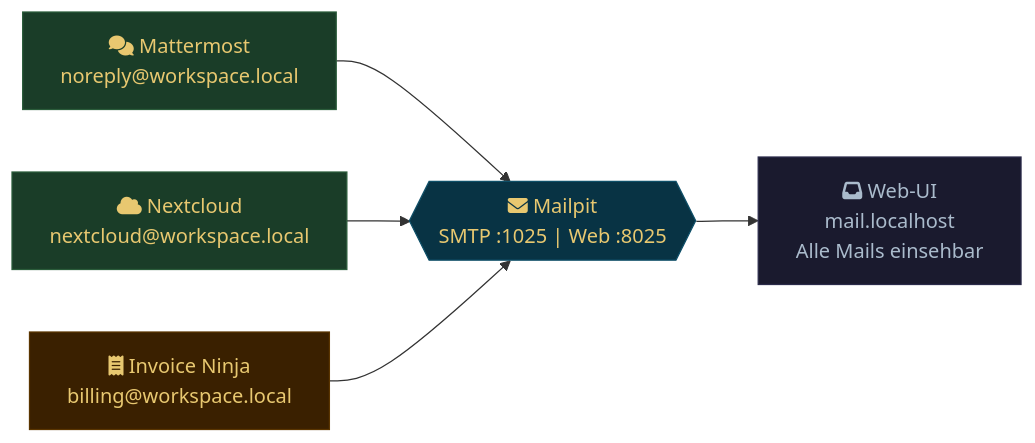
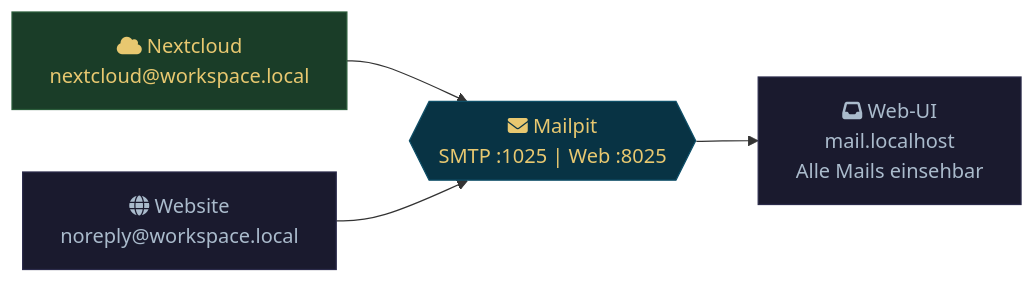
The seventh of 10 diagrams in docs/architecture.md (Paddione/Bachelorprojekt), drawn with Mermaid before and after one commit. The commit also changed other lines of this file and 11 other files, not shown here.

First line of the commit message:
docs: overhaul documentation to reflect current architecture

````diff
--- a/docs/architecture.md
+++ b/docs/architecture.md
@@ -520,16 +464,14 @@
 ```mermaid
 flowchart LR
-    MM["fa:fa-comments Mattermost\nnoreply@workspace.local"] --> MP
     NC["fa:fa-cloud Nextcloud\nnextcloud@workspace.local"] --> MP
-    IN["fa:fa-receipt Invoice Ninja\nbilling@workspace.local"] --> MP
+    WEB["fa:fa-globe Website\nnoreply@workspace.local"] --> MP
 
     MP{{"fa:fa-envelope Mailpit\nSMTP :1025 | Web :8025"}}
 
     MP --> INBOX["fa:fa-inbox Web-UI\nmail.localhost\nAlle Mails einsehbar"]
 
-    style MM fill:#1a3d28,color:#e8c870,stroke:#2a5c3a
     style NC fill:#1a3d28,color:#e8c870,stroke:#2a5c3a
-    style IN fill:#3a2000,color:#e8c870,stroke:#5a3500
+    style WEB fill:#1a1a2e,color:#aabbcc,stroke:#2a2a4a
     style MP fill:#083344,color:#e8c870,stroke:#0e4f68
     style INBOX fill:#1a1a2e,color:#aabbcc,stroke:#2a2a4a
 ```
````
